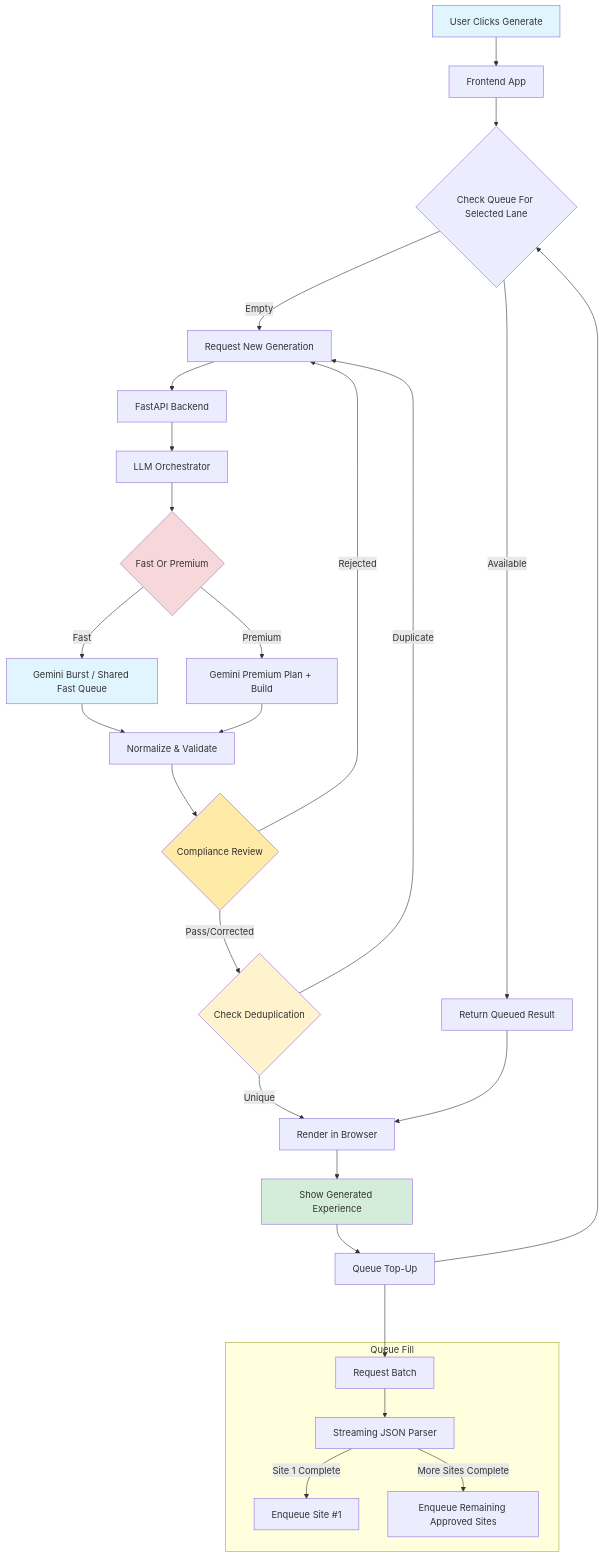
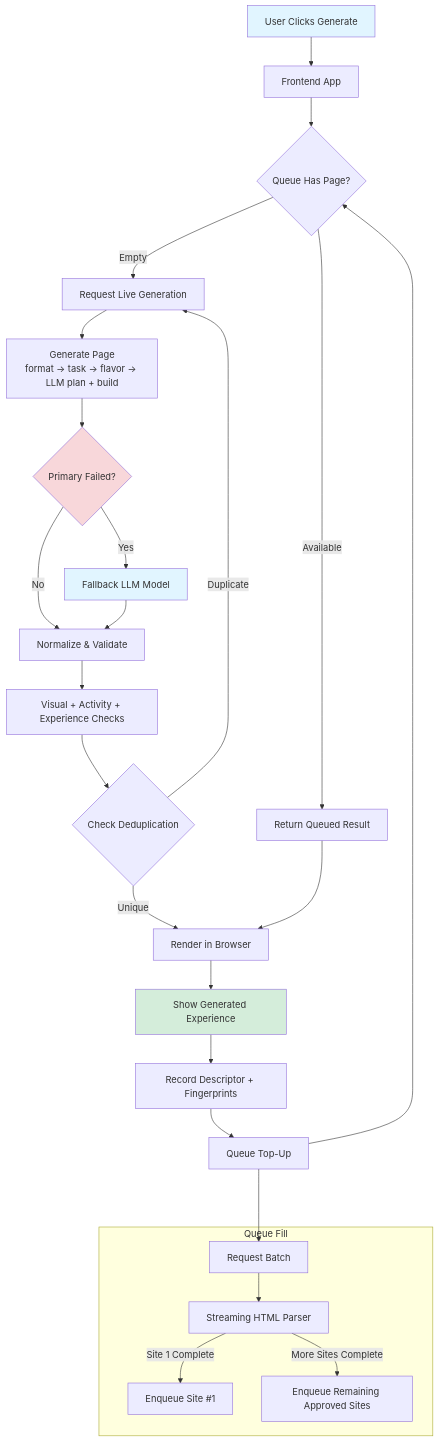
Before and after one commit to lesprgm/Roulette: the first of 3 diagrams in README.md, drawn with Mermaid. The commit also changed other lines of this file and 2 other files, not shown here.

````diff
--- a/README.md
+++ b/README.md
@@ -102,41 +86,37 @@
 ```mermaid
 graph TD
     A[User Clicks Generate] --> B[Frontend App]
-    B --> C{Check Queue For Selected Lane}
+    B --> C{Queue Has Page?}
     C -->|Available| D[Return Queued Result]
-    C -->|Empty| E[Request New Generation]
-    E --> F[FastAPI Backend]
-    F --> G[LLM Orchestrator]
-    G --> H{Fast Or Premium}
-    H -->|Fast| H2[Gemini Burst / Shared Fast Queue]
-    H -->|Premium| H3[Gemini Premium Plan + Build]
-    H2 --> I[Normalize & Validate]
-    H3 --> I
-    I --> L{Compliance Review}
-    L -->|Pass/Corrected| M{Check Deduplication}
-    L -->|Rejected| E
+    C -->|Empty| E[Request Live Generation]
+    E --> F[Generate Page<br/>format → task → flavor → LLM plan + build]
+    F --> H{Primary Failed?}
+    H -->|No| I[Normalize & Validate]
+    H -->|Yes| H2[Fallback LLM Model]
+    H2 --> I
+    I --> Q[Visual + Activity + Experience Checks]
+    Q --> M{Check Deduplication}
     M -->|Unique| N[Render in Browser]
     M -->|Duplicate| E
     N --> O[Show Generated Experience]
-    O --> P[Queue Top-Up]
+    O --> R[Record Descriptor + Fingerprints]
+    R --> P[Queue Top-Up]
     P --> C
     D --> N
 
     subgraph Queue Fill
     P1[Request Batch]
-    P2[Streaming JSON Parser]
+    P2[Streaming HTML Parser]
     P3[Enqueue Site #1]
     P4[Enqueue Remaining Approved Sites]
     P1 --> P2
     P2 -->|Site 1 Complete| P3
     P2 -->|More Sites Complete| P4
     end
     P ---> P1
 
     style A fill:#e1f5ff
     style O fill:#d4edda
-    style L fill:#ffeaa7
-    style M fill:#fff3cd
     style H fill:#f8d7da
     style H2 fill:#e1f5ff
 ```
````
